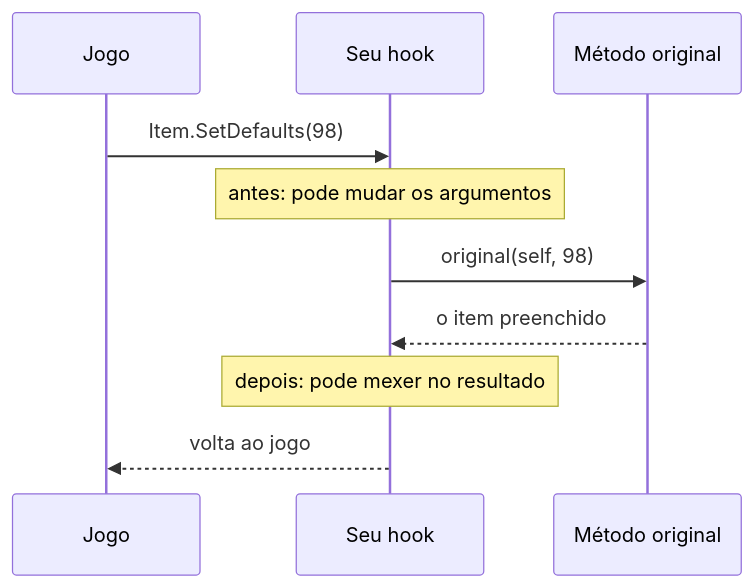
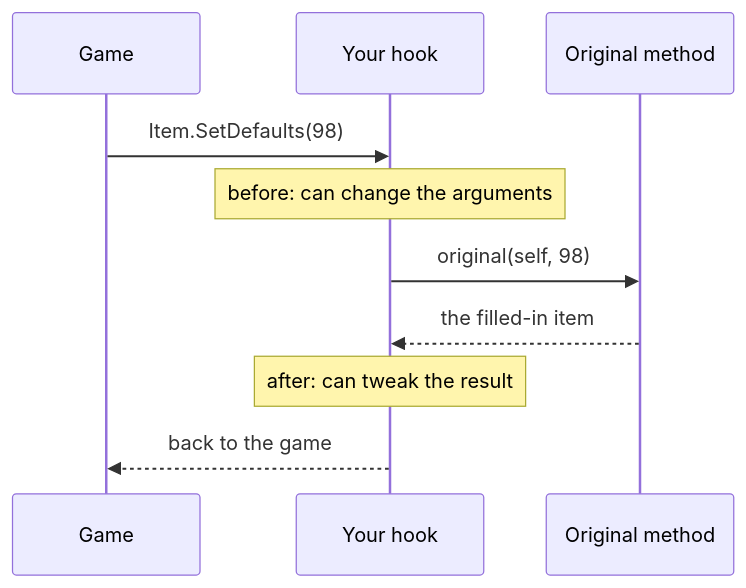
Before and after one commit to JonataOliveiraa/Bunny-Loader: the first of 2 diagrams in docs/mods/01-hooks-do-zero.md, drawn with Mermaid. The commit also changed other lines of this file and 89 other files, not shown here.

````diff
--- a/docs/mods/01-hooks-do-zero.md
+++ b/docs/mods/01-hooks-do-zero.md
@@ -23,12 +24,12 @@
 ```mermaid
 sequenceDiagram
-    participant J as Jogo
-    participant M as Seu hook
-    participant O as Método original
+    participant J as Game
+    participant M as Your hook
+    participant O as Original method
     J->>M: Item.SetDefaults(98)
-    Note over M: antes: pode mudar os argumentos
+    Note over M: before: can change the arguments
     M->>O: original(self, 98)
-    O-->>M: o item preenchido
-    Note over M: depois: pode mexer no resultado
-    M-->>J: volta ao jogo
+    O-->>M: the filled-in item
+    Note over M: after: can tweak the result
+    M-->>J: back to the game
 ```
````
